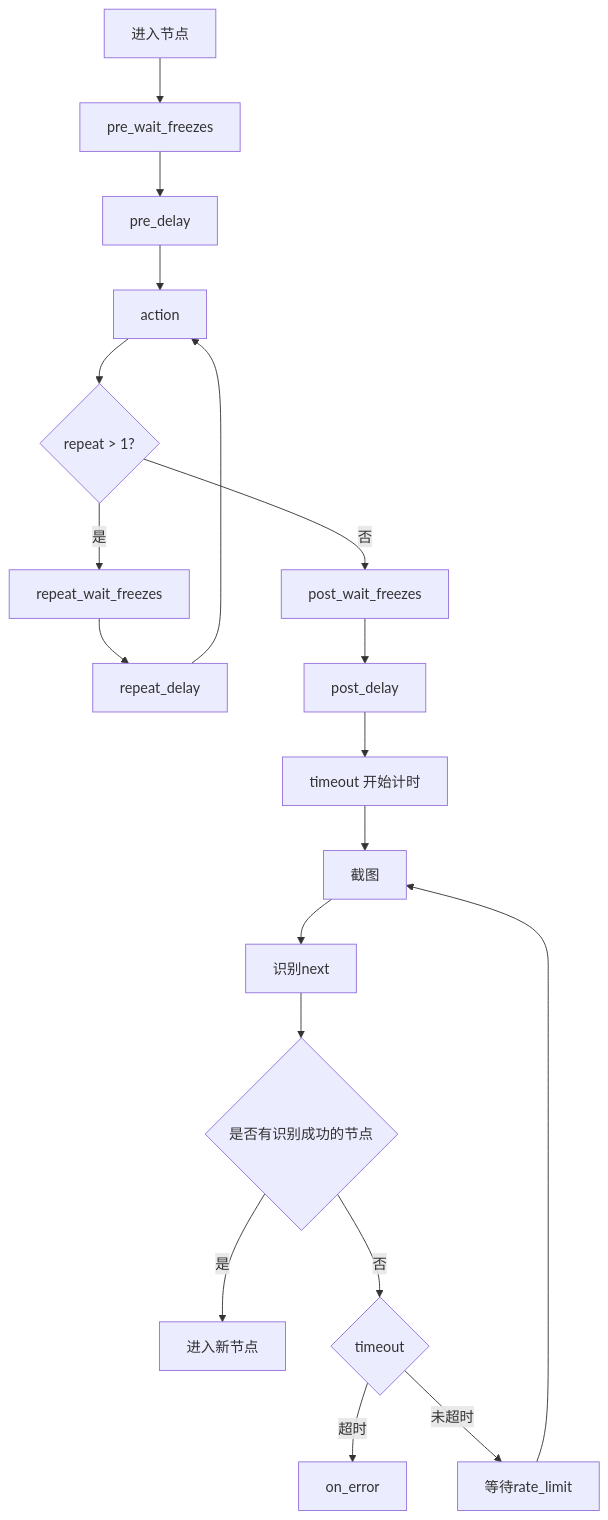
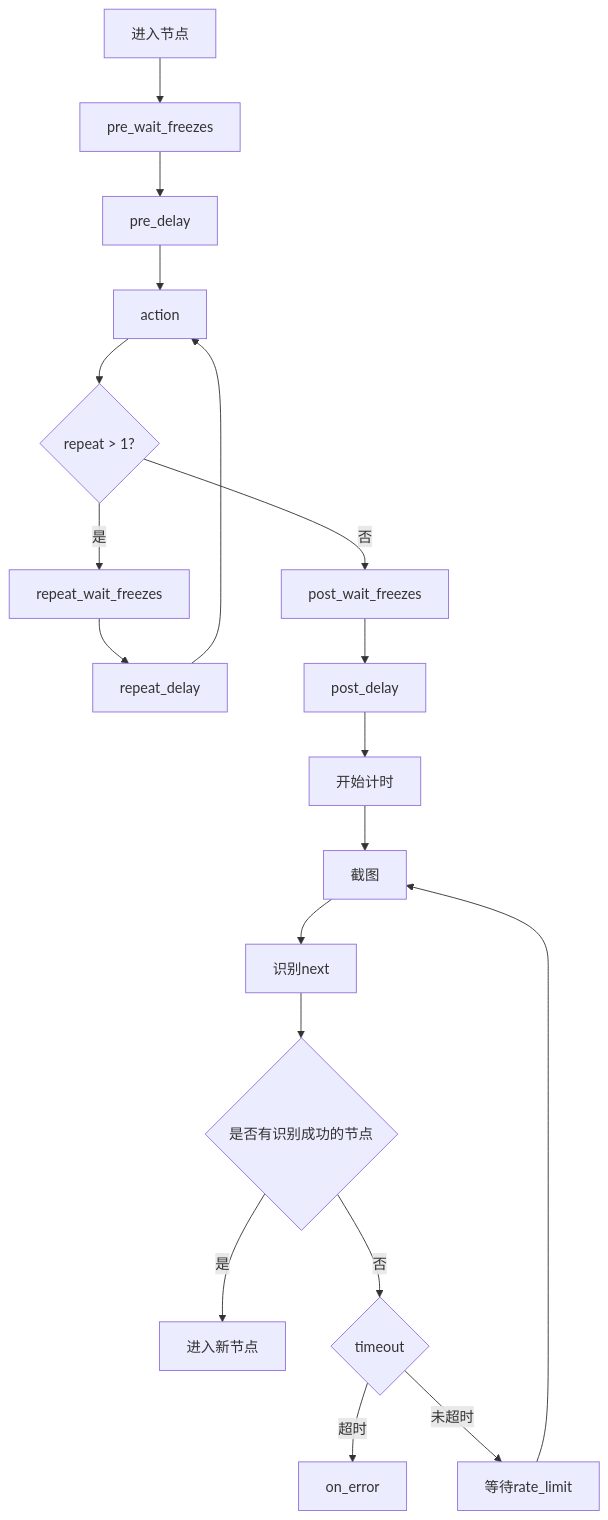
The third of 4 diagrams in docs/zh_cn/3.1-任务流水线协议.md (MaaXYZ/MaaFramework), drawn with Mermaid before and after one commit. The commit also changed other lines of this file, not shown here.

Commit message:
Fix formatting and wording in task pipeline protocol doc

````diff
--- a/docs/zh_cn/3.1-任务流水线协议.md
+++ b/docs/zh_cn/3.1-任务流水线协议.md
@@ -236,21 +236,21 @@
 ```mermaid
     graph TB
         A[进入节点] --> B[pre_wait_freezes]
         B --> C[pre_delay]
         C --> D[action]
         D --> M{repeat > 1?}
         M -->|是| N[repeat_wait_freezes]
         N --> O[repeat_delay]
         O --> D
         M -->|否| E[post_wait_freezes]
         E --> F[post_delay]
-        F --> Q[timeout 开始计时]
+        F --> Q[开始计时]
         Q --> P[截图]
         P --> G[识别next]
         G --> H{是否有识别成功的节点}
         H -->|是| I[进入新节点]
         H -->|否| J{timeout}
         J -->|超时| K[on_error]
         J -->|未超时| L[等待rate_limit]
         L --> P
 ```
````
